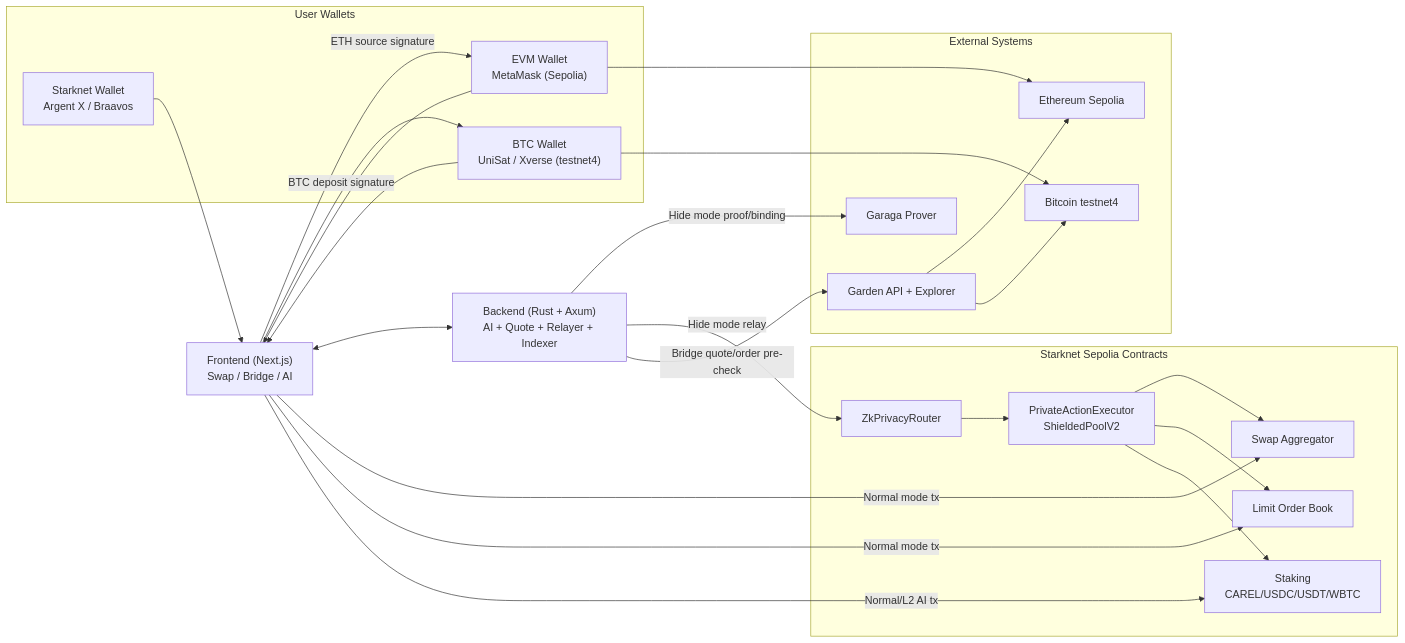
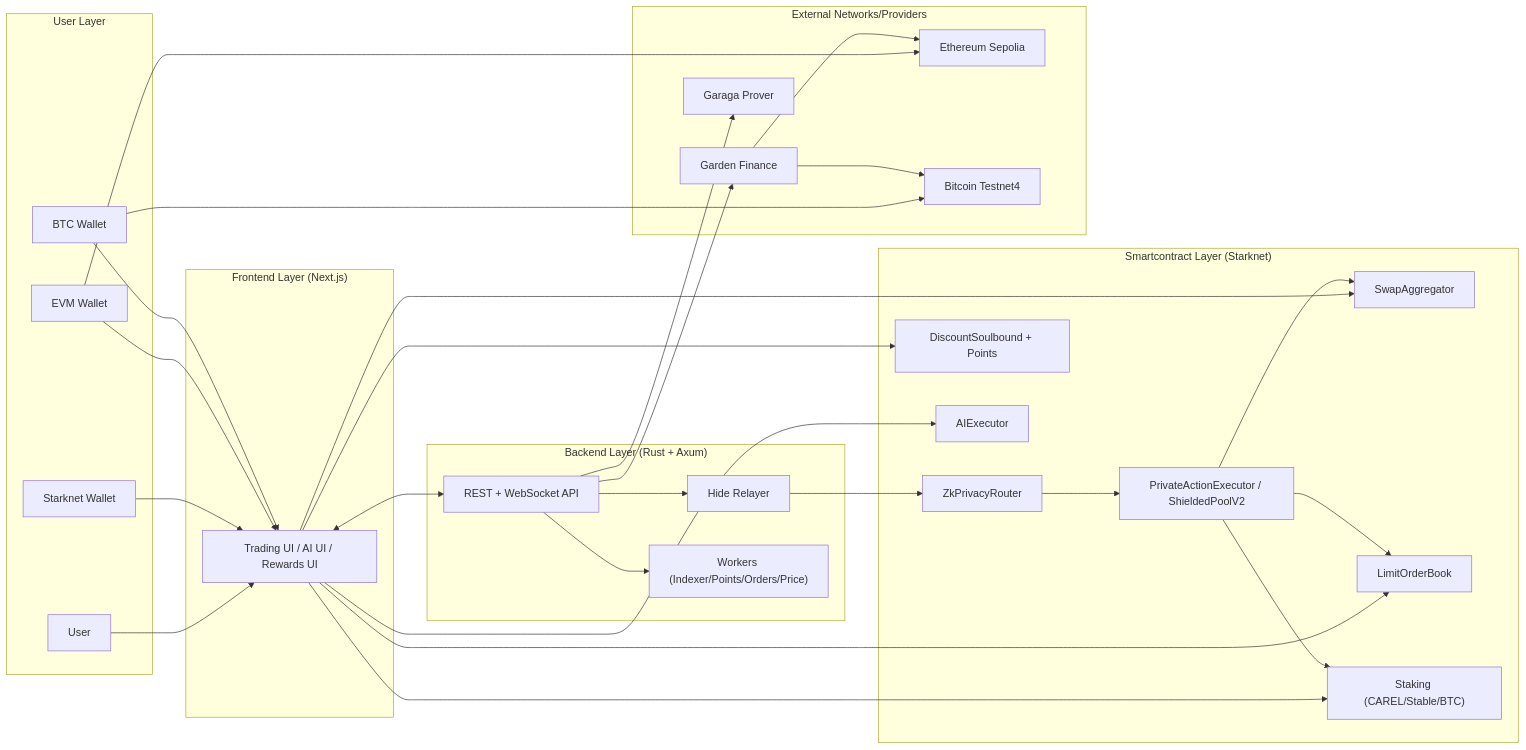
The first of 3 diagrams in README.md (ntfound-dev/zkcarel_protocol), drawn with Mermaid before and after one commit. The commit also changed other lines of this file and 83 other files, not shown here.

Commit message:
feat: implement privacy relayer-intermediary flow and garaga proof updates

````diff
--- a/README.md
+++ b/README.md
@@ -23,51 +47,64 @@
 ```mermaid
 flowchart LR
-    subgraph W["User Wallets"]
-        SNW["Starknet Wallet\nArgent X / Braavos"]
-        EVMW["EVM Wallet\nMetaMask (Sepolia)"]
-        BTCW["BTC Wallet\nUniSat / Xverse (testnet4)"]
-    end
+  subgraph USER["User Layer"]
+    U["User"]
+    SW["Starknet Wallet"]
+    EW["EVM Wallet"]
+    BW["BTC Wallet"]
+  end
 
-    UI["Frontend (Next.js)\nSwap / Bridge / AI"]
-    API["Backend (Rust + Axum)\nAI + Quote + Relayer + Indexer"]
+  subgraph FE["Frontend Layer (Next.js)"]
+    UI["Trading UI / AI UI / Rewards UI"]
+  end
 
-    subgraph SC["Starknet Sepolia Contracts"]
-        SWAP["Swap Aggregator"]
-        LOB["Limit Order Book"]
-        ROUTER["ZkPrivacyRouter"]
-        EXEC["PrivateActionExecutor\nShieldedPoolV2"]
-        STAKE["Staking\nCAREL/USDC/USDT/WBTC"]
-    end
+  subgraph BE["Backend Layer (Rust + Axum)"]
+    API["REST + WebSocket API"]
+    REL["Hide Relayer"]
+    WRK["Workers (Indexer/Points/Orders/Price)"]
+  end
 
-    subgraph EX["External Systems"]
-        GARAGA["Garaga Prover"]
-        GARDEN["Garden API + Explorer"]
-        ETH["Ethereum Sepolia"]
-        BTC["Bitcoin testnet4"]
-    end
+  subgraph SC["Smartcontract Layer (Starknet)"]
+    SWAP["SwapAggregator"]
+    LOB["LimitOrderBook"]
+    STAKE["Staking (CAREL/Stable/BTC)"]
+    ZK["ZkPrivacyRouter"]
+    EXEC["PrivateActionExecutor / ShieldedPoolV2"]
+    NFT["DiscountSoulbound + Points"]
+    AI["AIExecutor"]
+  end
 
-    SNW --> UI
-    EVMW --> UI
-    BTCW --> UI
+  subgraph EXT["External Networks/Providers"]
+    ETH["Ethereum Sepolia"]
+    BTC["Bitcoin Testnet4"]
+    GARDEN["Garden Finance"]
+    GARAGA["Garaga Prover"]
+  end
 
-    UI <--> API
+  U --> UI
+  SW --> UI
+  EW --> UI
+  BW --> UI
 
-    UI -->|"Normal mode tx"| SWAP
-    UI -->|"Normal mode tx"| LOB
-    UI -->|"Normal/L2 AI tx"| STAKE
+  UI <--> API
+  API --> WRK
+  API --> REL
+  API --> GARAGA
+  API --> GARDEN
 
-    API -->|"Hide mode proof/binding"| GARAGA
-    API -->|"Hide mode relay"| ROUTER
-    ROUTER --> EXEC
-    EXEC --> SWAP
-    EXEC --> LOB
-    EXEC --> STAKE
+  UI --> SWAP
+  UI --> LOB
+  UI --> STAKE
+  UI --> NFT
+  UI --> AI
 
-    API -->|"Bridge quote/order pre-check"| GARDEN
-    UI -->|"ETH source signature"| EVMW
-    UI -->|"BTC deposit signature"| BTCW
-    EVMW --> ETH
-    BTCW --> BTC
-    GARDEN --> ETH
-    GARDEN --> BTC
+  REL --> ZK
+  ZK --> EXEC
+  EXEC --> SWAP
+  EXEC --> LOB
+  EXEC --> STAKE
+
+  EW --> ETH
+  BW --> BTC
+  GARDEN --> ETH
+  GARDEN --> BTC
 ```
````
